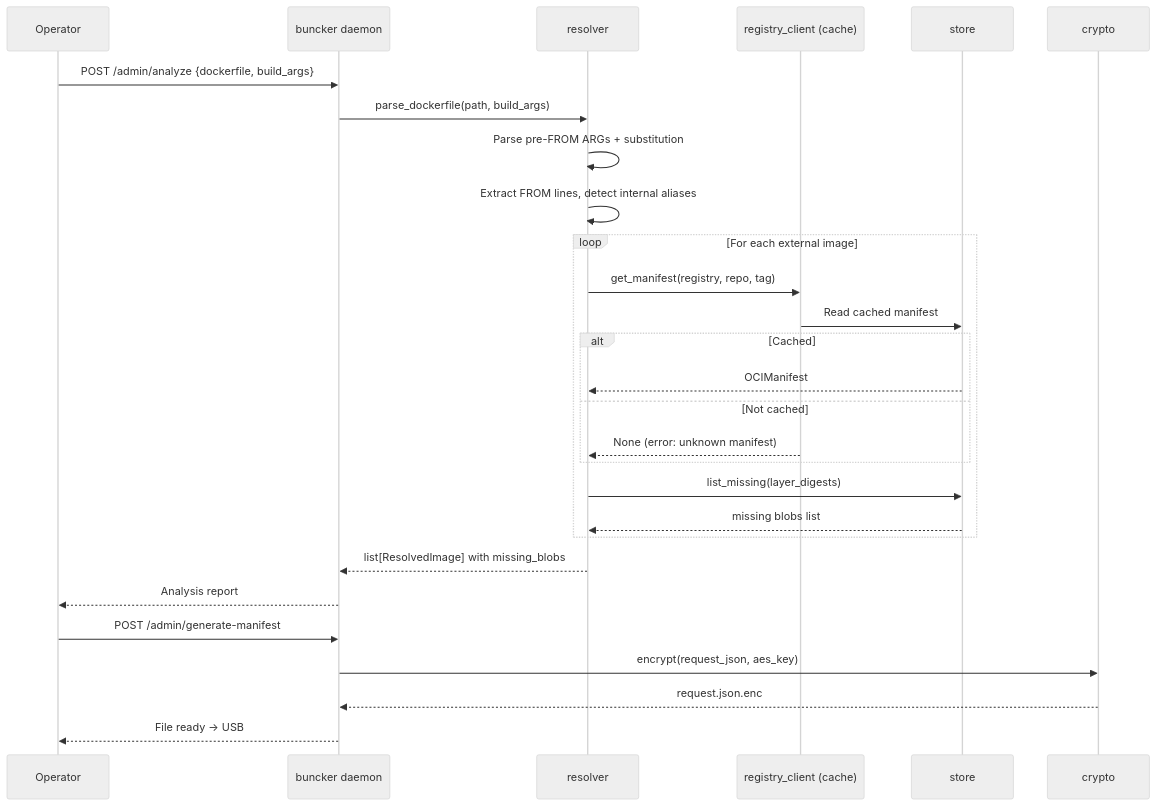
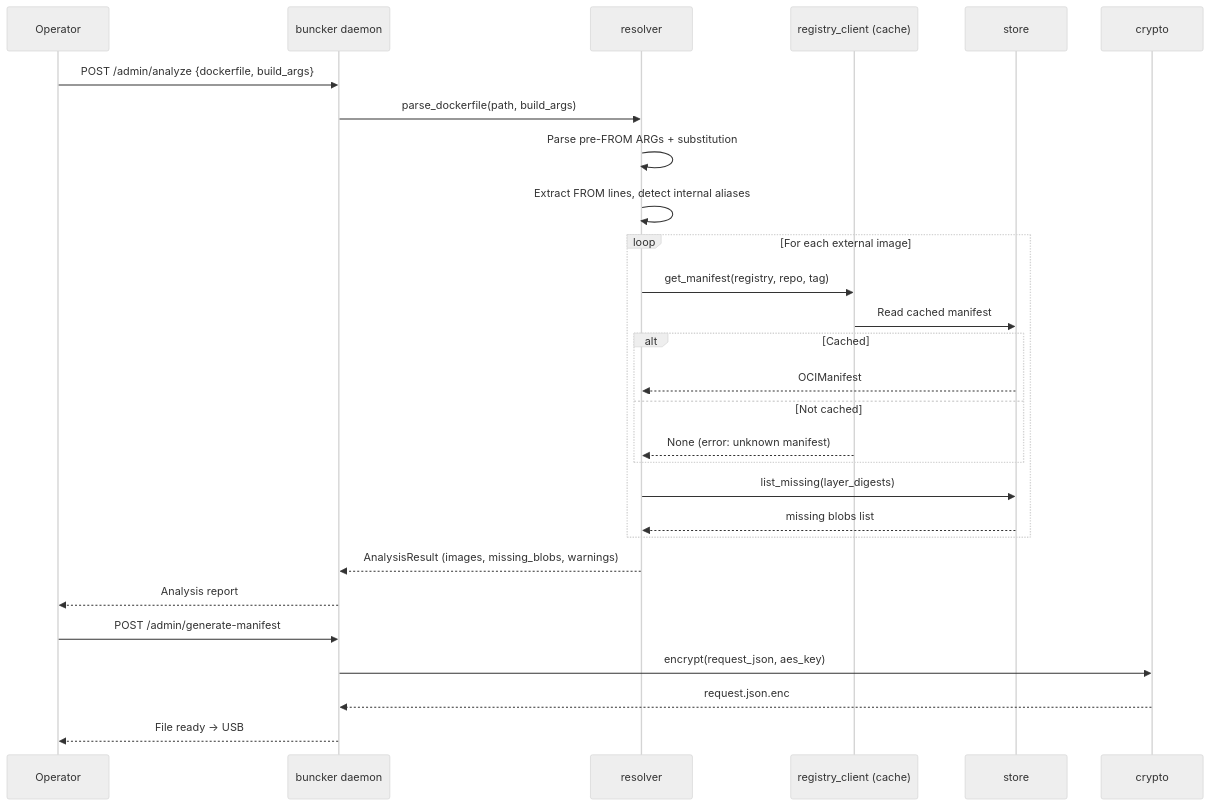
Before and after one commit to Rwx-G/Buncker: the first of 5 diagrams in docs/architecture/7-core-workflows.md, drawn with Mermaid (neutral theme). The commit also changed 4 other files, not shown here.

First line of the commit message:
docs: update architecture docs and changelog for Epic 2

````diff
--- a/docs/architecture/7-core-workflows.md
+++ b/docs/architecture/7-core-workflows.md
@@ -5,32 +5,32 @@
 ```mermaid
 sequenceDiagram
     participant OP as Operator
     participant D as buncker daemon
     participant RES as resolver
     participant RC as registry_client (cache)
     participant ST as store
     participant CR as crypto
 
     OP->>D: POST /admin/analyze {dockerfile, build_args}
     D->>RES: parse_dockerfile(path, build_args)
     RES->>RES: Parse pre-FROM ARGs + substitution
     RES->>RES: Extract FROM lines, detect internal aliases
     loop For each external image
         RES->>RC: get_manifest(registry, repo, tag)
         RC->>ST: Read cached manifest
         alt Cached
             ST-->>RES: OCIManifest
         else Not cached
             RC-->>RES: None (error: unknown manifest)
         end
         RES->>ST: list_missing(layer_digests)
         ST-->>RES: missing blobs list
     end
-    RES-->>D: list[ResolvedImage] with missing_blobs
+    RES-->>D: AnalysisResult (images, missing_blobs, warnings)
     D-->>OP: Analysis report
 
     OP->>D: POST /admin/generate-manifest
     D->>CR: encrypt(request_json, aes_key)
     CR-->>D: request.json.enc
     D-->>OP: File ready → USB
 ```
````
